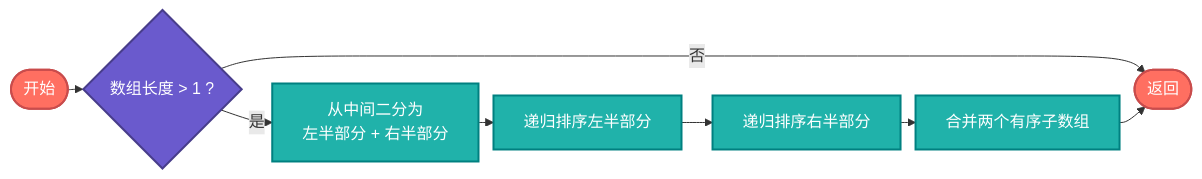
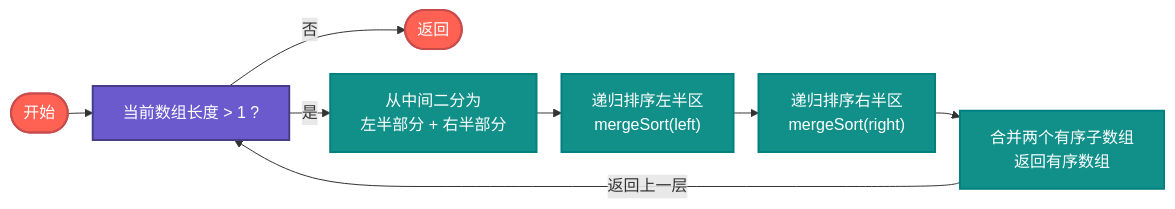
One commit to microwind/algorithms changed the eighth of 15 diagrams in sorting/AI-Era-Top-10-Sorting-Algorithms.md. Above: the diagram before and after it, drawn with Mermaid. The commit also changed other lines of this file and 2 other files, not shown here.

````diff
--- a/sorting/AI-Era-Top-10-Sorting-Algorithms.md
+++ b/sorting/AI-Era-Top-10-Sorting-Algorithms.md
@@ -473,21 +489,25 @@
 ```mermaid
-%%{init: {'flowchart': {'nodeSpacing': 35, 'rankSpacing': 15, 'padding': 15}}}%%
+%%{init: {'flowchart': {'nodeSpacing': 25, 'rankSpacing': 25, 'padding': 15}}}%%
 graph LR
-    S(["开始"]) --> CHK{"数组长度 > 1 ?"}
+
+    S(["开始"]) --> CHK["当前数组长度 > 1 ?"]
     CHK -->|"否"| END(["返回"])
-    CHK -->|"是"| SPLIT["从中间二分为\n左半部分 + 右半部分"]
-    SPLIT --> LSORT["递归排序左半部分"]
-    LSORT --> RSORT["递归排序右半部分"]
-    RSORT --> MERGE["合并两个有序子数组"]
-    MERGE --> END
+    CHK -->|"是"| SPLIT["从中间二分为<br>左半部分 + 右半部分"]
 
-    %% 节点样式定义
-    classDef start fill:#ff6f61,color:#fff,stroke:#c94c4c,stroke-width:2px
+    SPLIT --> LSORT["递归排序左半区<br>mergeSort(left)"]
+    LSORT --> RSORT["递归排序右半区<br>mergeSort(right)"]
+
+    RSORT --> MERGE["合并两个有序子数组<br>返回有序数组"]
+
+    MERGE --> |"返回上一层"| CHK
+
+    %% 节点样式
+    classDef start fill:#FF6253,color:#fff,stroke:#c94c4c,stroke-width:2px
     classDef decision fill:#6a5acd,color:#fff,stroke:#483d8b,stroke-width:2px
-    classDef process fill:#20b2aa,color:#fff,stroke:#008080,stroke-width:2px
+    classDef process fill:#11908A,color:#fff,stroke:#008080,stroke-width:2px
 
     %% 应用样式
     class S,END start
     class CHK decision
     class SPLIT,LSORT,RSORT,MERGE process
 ```
````
